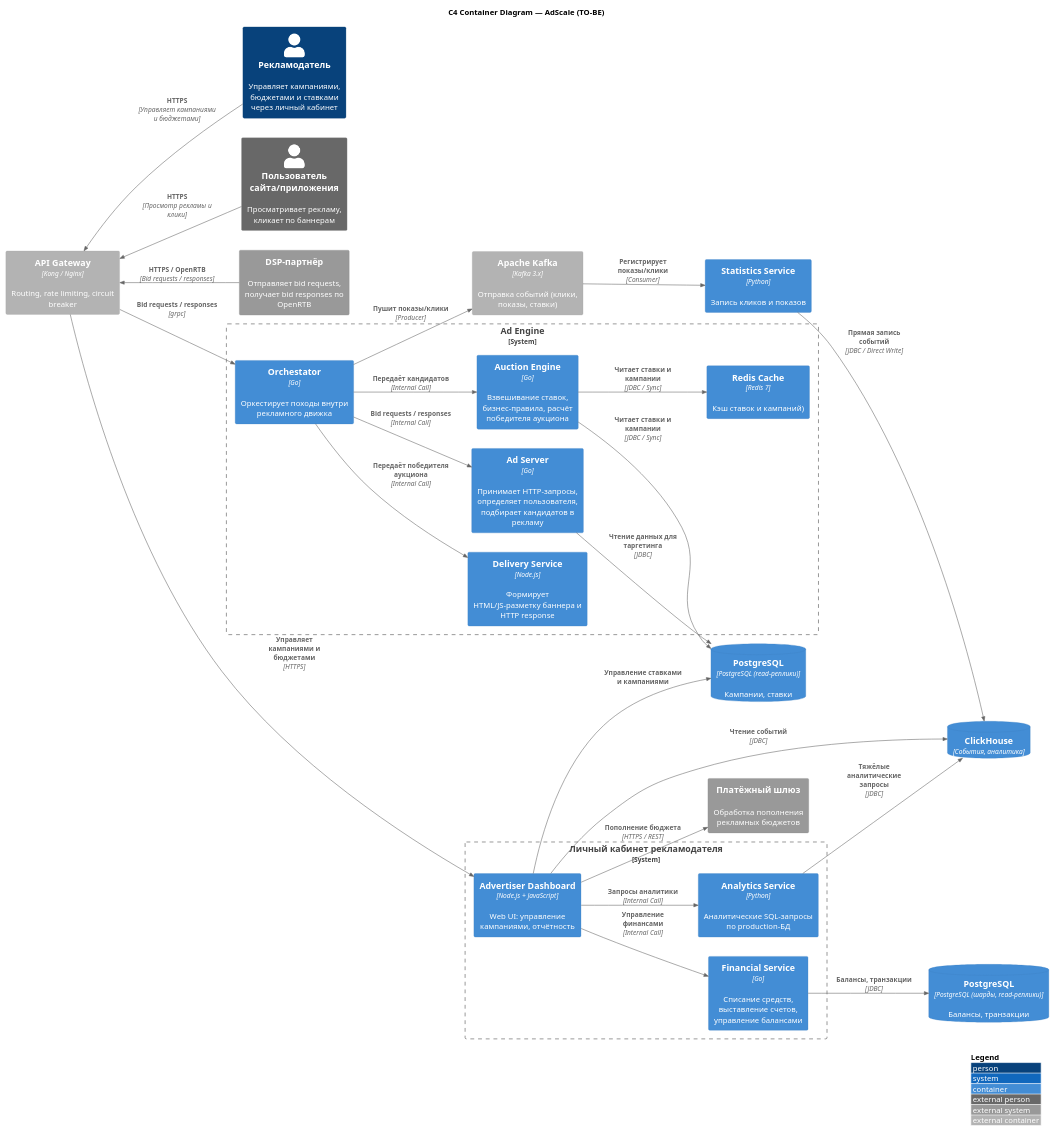
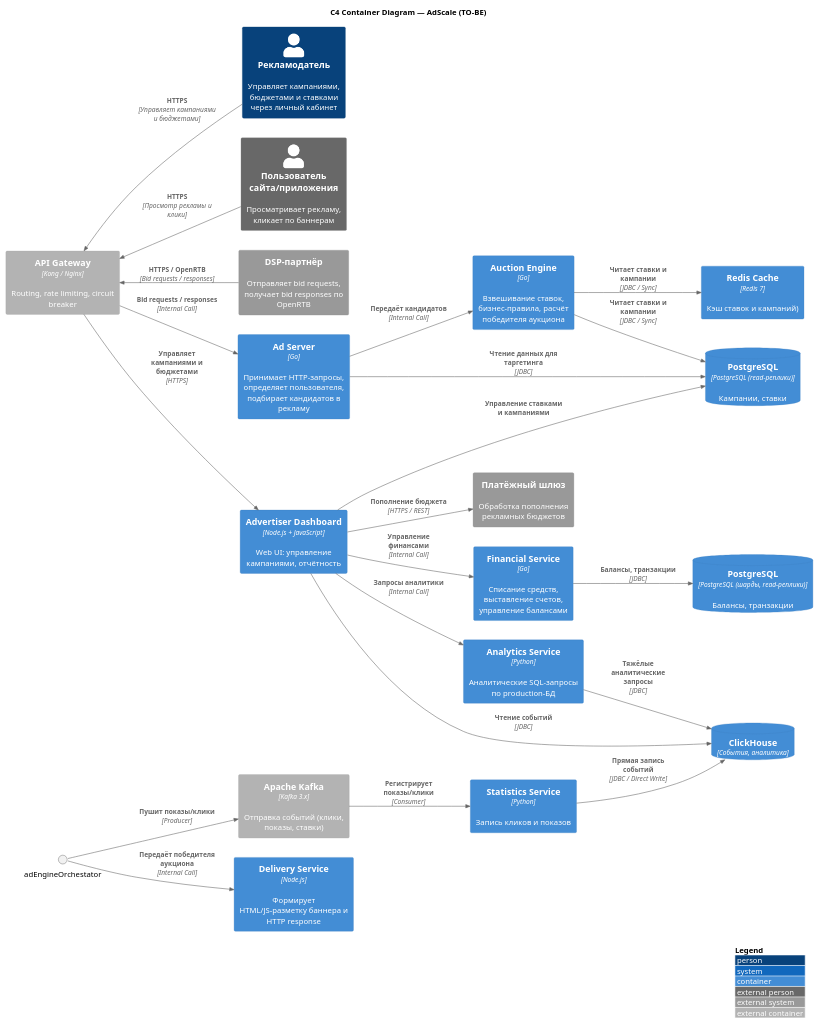
The diagram in task1/Diagrams/to-be.wsd (wan3s/Solution-AdScale), drawn with PlantUML before and after one commit. The commit also changed 2 other files, not shown here.

```diff
--- a/task1/Diagrams/to-be.wsd
+++ b/task1/Diagrams/to-be.wsd
@@ -1,120 +1,112 @@
 @startuml
 !include https://raw.githubusercontent.com/plantuml-stdlib/C4-PlantUML/master/C4_Container.puml
 
 LAYOUT_WITH_LEGEND()
 LAYOUT_LEFT_RIGHT()
 
 title C4 Container Diagram — AdScale (TO-BE)
 
 ' ====================== Акторы ======================
 Person(advertiser, "Рекламодатель", "Управляет кампаниями, бюджетами и ставками через личный кабинет")
 Person_Ext(endUser, "Пользователь сайта/приложения", "Просматривает рекламу, кликает по баннерам")
 
 System_Ext(dspPartner, "DSP-партнёр", "Отправляет bid requests, получает bid responses по OpenRTB")
 System_Ext(paymentGateway, "Платёжный шлюз", "Обработка пополнения рекламных бюджетов")
 Container_Ext(kafka, "Apache Kafka", "Kafka 3.x", "Отправка событий (клики, показы, ставки)")
 Container_Ext(apiGateway, "API Gateway", "Kong / Nginx", "Routing, rate limiting, circuit breaker")
 
 ' ====================== Микросервисы ======================
 
-System_Boundary(adEngine, "Ad Engine") {
-    Container(adServer, "Ad Server", "Go", "Принимает HTTP-запросы, определяет пользователя, подбирает кандидатов в рекламу") 
+Container(adServer, "Ad Server", "Go", "Принимает HTTP-запросы, определяет пользователя, подбирает кандидатов в рекламу") 
 
-    Container(auctionEngine, "Auction Engine", "Go", "Взвешивание ставок, бизнес-правила, расчёт победителя аукциона") 
+Container(auctionEngine, "Auction Engine", "Go", "Взвешивание ставок, бизнес-правила, расчёт победителя аукциона") 
 
-    Container(adEngineOrchestator, "Orchestator", "Go", "Оркестирует походы внутри рекламного движка")
+Container(deliveryService, "Delivery Service", "Node.js", "Формирует HTML/JS-разметку баннера и HTTP response")
 
-    Container(deliveryService, "Delivery Service", "Node.js", "Формирует HTML/JS-разметку баннера и HTTP response")
+Container(bidsCache, "Redis Cache", "Redis 7", "Кэш ставок и кампаний)")
 
-    Container(bidsCache, "Redis Cache", "Redis 7", "Кэш ставок и кампаний)")
 
-}
+Container(financialService, "Financial Service", "Go", "Списание средств, выставление счетов, управление балансами")
 
-System_Boundary(adLk, "Личный кабинет рекламодателя") {
+Container(analyticsService, "Analytics Service", "Python", "Аналитические SQL-запросы по production-БД") 
 
-    Container(financialService, "Financial Service", "Go", "Списание средств, выставление счетов, управление балансами")
-
-    Container(analyticsService, "Analytics Service", "Python", "Аналитические SQL-запросы по production-БД") 
-
-    Container(adCabinet, "Advertiser Dashboard", "Node.js + JavaScript", "Web UI: управление кампаниями, отчётность")
-}
+Container(adCabinet, "Advertiser Dashboard", "Node.js + JavaScript", "Web UI: управление кампаниями, отчётность")
 
 Container(statsService, "Statistics Service", "Python", "Запись кликов и показов") 
 
 ' ====================== База данных ======================
 ContainerDb(postgres, "PostgreSQL", "PostgreSQL (read-реплики)", "Кампании, ставки") 
 ContainerDb(finPG, "PostgreSQL", "PostgreSQL (шарды, read-реплики)", "Балансы, транзакции") 
 ContainerDb(clickHouse, "ClickHouse", "События, аналитика") 
 
 ' ====================== Связи ======================
 
 Rel_U(dspPartner, apiGateway, "HTTPS / OpenRTB", "Bid requests / responses")
 Rel_U(endUser, apiGateway, "HTTPS", "Просмотр рекламы и клики")
 Rel_U(advertiser, apiGateway, "HTTPS", "Управляет кампаниями и бюджетами")
-Rel(apiGateway, adEngineOrchestator, "Bid requests / responses", "grpc")
-Rel(adEngineOrchestator, adServer, "Bid requests / responses", "Internal Call")
-Rel(adEngineOrchestator, auctionEngine, "Передаёт кандидатов", "Internal Call")
+Rel(apiGateway, adServer, "Bid requests / responses", "Internal Call")
+Rel(adServer, auctionEngine, "Передаёт кандидатов", "Internal Call")
 Rel(adEngineOrchestator, deliveryService, "Передаёт победителя аукциона", "Internal Call")
 Rel(apiGateway, adCabinet, "Управляет кампаниями и бюджетами", "HTTPS")
 Rel(adCabinet, paymentGateway, "Пополнение бюджета", "HTTPS / REST")
 Rel(adCabinet, financialService, "Управление финансами", "Internal Call")
 Rel(adCabinet, analyticsService, "Запросы аналитики", "Internal Call")
 
 ' Связи с БД
 Rel(auctionEngine, postgres, "Читает ставки и кампании", "JDBC / Sync")
 Rel(auctionEngine, bidsCache, "Читает ставки и кампании", "JDBC / Sync")
 
 Rel(adEngineOrchestator, kafka, "Пушит показы/клики", "Producer")
 Rel(kafka, statsService, "Регистрирует показы/клики", "Consumer")
 Rel(statsService, clickHouse, "Прямая запись событий", "JDBC / Direct Write")
 Rel(financialService, finPG, "Балансы, транзакции", "JDBC")
 Rel(analyticsService, clickHouse, "Тяжёлые аналитические запросы", "JDBC")
 Rel(adCabinet, clickHouse, "Чтение событий", "JDBC")
 Rel(adCabinet, postgres, "Управление ставками и кампаниями")
 Rel(adServer, postgres, "Чтение данных для таргетинга", "JDBC")
 
 ' Принудительное расположение (layout hints)
 ' Lay_D(adServer, auctionEngine)
 ' Lay_D(auctionEngine, deliveryService)
 ' Lay_D(deliveryService, statsService)
 ' Lay_R(statsService, financialService)
 ' Lay_R(financialService, analyticsService)
 ' Lay_D(adCabinet, postgres)
 
 ' ' ====================== Аннотации проблемных мест ======================
 
 ' note right of auctionEngine
 '   **⚠ Критический bottleneck**
 '   Синхронные вызовы к БД
 '   в hot path (SLA ≤ 100 ms)
 ' end note
 
 ' note right of postgres
 '   **⚠ Single Point of Failure**
 '   Одна инстанция — нет HA
 '   Нет read-replicas
 '   OLTP + аналитика конкурируют
 ' end note
 
 ' note bottom of statsService
 '   **⚠ Write bottleneck**
 '   Прямая запись без буферизации / очередей
 '   Конкуренция за ресурсы БД
 ' end note
 
 ' note bottom of analyticsService
 '   **⚠ Блокировки и рост latency**
 '   Heavy queries напрямую на production-БД
 ' end note
 
 ' ' ====================== Легенда с метриками ======================
 ' legend right
 '   <#FF0000> **15 000 RPS (пик)** 
 '   <#FF7700> **P95 latency: 110–120 ms** (требование ≤ 100 ms)
 '   <#FF7700> Периодические деградации в часы пик
 '   <#FF0000> Нет запаса по производительности
 '   <#888888> Деплой: вручную, без контейнеризации
 '   <#888888> Кэширование: отсутствует
 '   <#888888> Асинхронные очереди: отсутствуют
 ' endlegend
 @enduml
```
